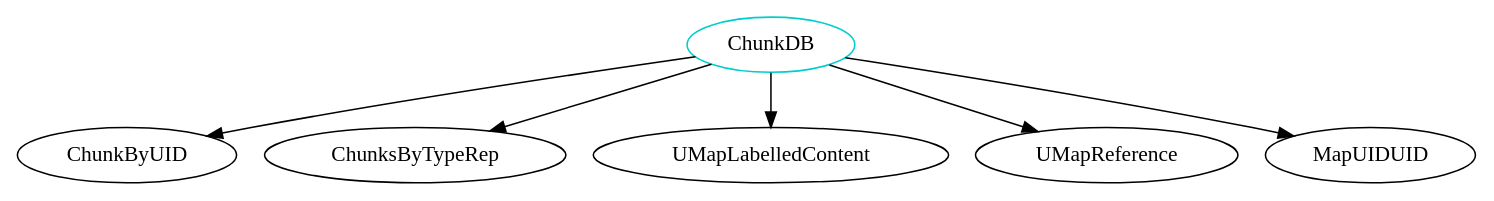
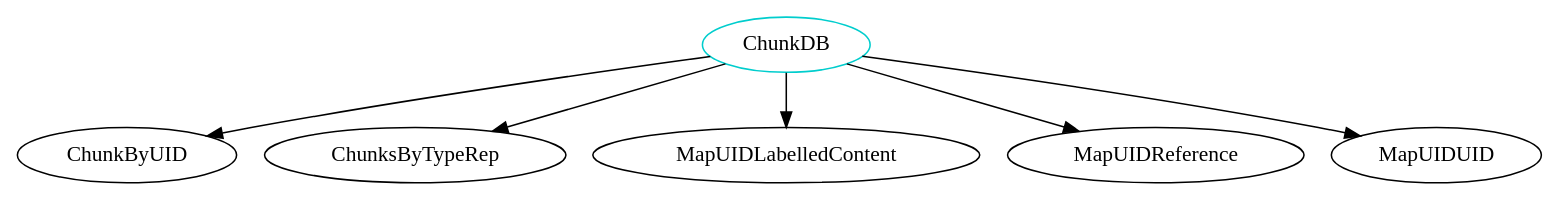
The diagram in analysis/TypeDependencyGraphs/database/ChunkDB.dot (JacquesCarette/Drasil), drawn with Graphviz before and after one commit. The commit also changed 1367 other files, not shown here.

```diff
--- a/analysis/TypeDependencyGraphs/database/ChunkDB.dot
+++ b/analysis/TypeDependencyGraphs/database/ChunkDB.dot
@@ -1,8 +1,8 @@
 digraph chunkdb{
 ChunkDB	[shape=oval, color=cyan3, label="ChunkDB"];
 ChunkDB -> ChunkByUID;
 ChunkDB -> ChunksByTypeRep;
-ChunkDB -> UMapLabelledContent;
-ChunkDB -> UMapReference;
+ChunkDB -> MapUIDLabelledContent;
+ChunkDB -> MapUIDReference;
 ChunkDB -> MapUIDUID;
 }
```
